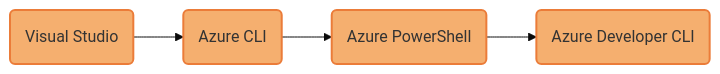
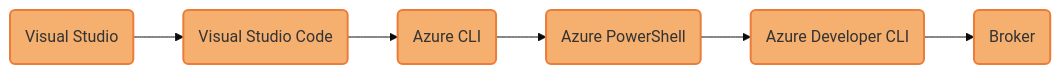
The diagram in docs/azure/sdk/media/mermaidjs/DefaultAzureCredentialExcludes.md (dotnet/docs), drawn with Mermaid before and after one commit. The commit also changed other lines of this file and 10 other files, not shown here.

````diff
--- a/docs/azure/sdk/media/mermaidjs/DefaultAzureCredentialExcludes.md
+++ b/docs/azure/sdk/media/mermaidjs/DefaultAzureCredentialExcludes.md
@@ -6,23 +6,28 @@
 ```mermaid
 %% STEPS TO GENERATE IMAGE
 %% =======================
 %% 1. Install mermaid CLI v10.9.1 (see https://github.com/mermaid-js/mermaid-cli/blob/master/README.md):
 %%    npm i -g @mermaid-js/mermaid-cli@10.9.1
 %% 2. Run command: mmdc -i DefaultAzureCredentialExcludes.md -o ../../media/mermaidjs/DefaultAzureCredentialExcludes.svg
 
 %%{
   init: {
     'theme': 'base',
     'themeVariables': {
       'tertiaryBorderColor': '#fff',
       'tertiaryColor': '#fff'
     }
   }
 }%%
 
 flowchart LR;
-    D(Visual Studio):::developer --> E(Azure CLI):::developer --> F(Azure PowerShell):::developer --> G(Azure Developer CLI):::developer;
+    D(Visual Studio):::developer -->
+    E(Visual Studio Code):::developer -->
+    F(Azure CLI):::developer -->
+    G(Azure PowerShell):::developer -->
+    H(Azure Developer CLI):::developer -->
+    I(Broker):::developer;
 
     %% Define styles for credential type boxes
     classDef developer fill:#F5AF6F, stroke:#EB7C39, stroke-width:2px;
 ```
````
